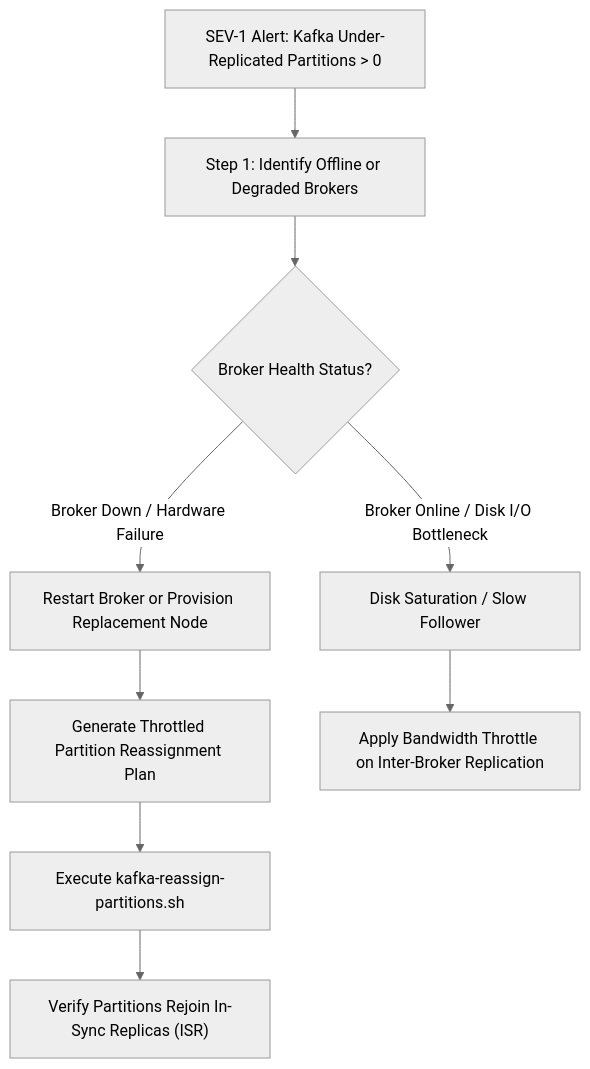
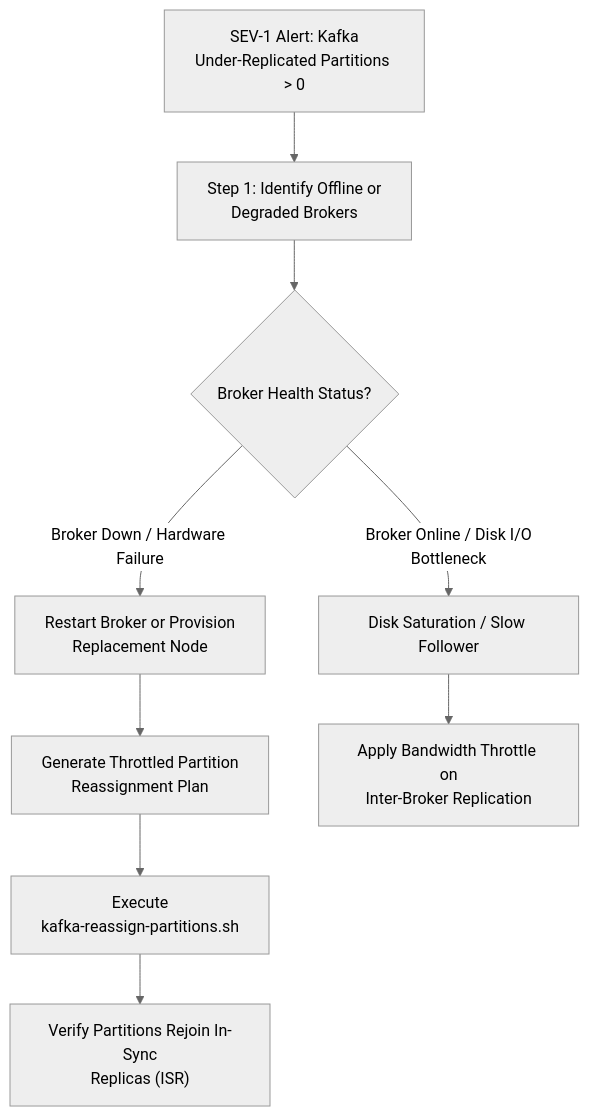
Before and after one commit to santoshjammi29/streaming-handbook: the diagram in runbooks/06_kafka_under_replicated_partitions_disaster_recovery.md, drawn with Mermaid (neutral theme). The commit also changed 11 other files, not shown here.

Commit message:
fix(diagrams): word-wrap labels and escape comparison operators across all diagrams

````diff
--- a/runbooks/06_kafka_under_replicated_partitions_disaster_recovery.md
+++ b/runbooks/06_kafka_under_replicated_partitions_disaster_recovery.md
@@ -12,13 +12,13 @@
 ```mermaid
 flowchart TD
-    Alert["SEV-1 Alert: Kafka Under-Replicated Partitions > 0"] --> IdentifyBrokers["Step 1: Identify Offline or Degraded Brokers"]
+    Alert["SEV-1 Alert: Kafka<br/>Under-Replicated Partitions &gt; 0"] --> IdentifyBrokers["Step 1: Identify Offline or<br/>Degraded Brokers"]
     IdentifyBrokers --> BrokerState{"Broker Health Status?"}
 
-    BrokerState -->|"Broker Down / Hardware Failure"| RestartBroker["Restart Broker or Provision Replacement Node"]
-    BrokerState -->|"Broker Online / Disk I/O Bottleneck"| DiskBottleneck["Disk Saturation / Slow Follower"]
+    BrokerState -->|"Broker Down / Hardware Failure"| RestartBroker["Restart Broker or Provision<br/>Replacement Node"]
+    BrokerState -->|"Broker Online / Disk I/O<br/>Bottleneck"| DiskBottleneck["Disk Saturation / Slow Follower"]
 
-    RestartBroker --> PartitionRebalance["Generate Throttled Partition Reassignment Plan"]
-    DiskBottleneck --> ThrottleReplication["Apply Bandwidth Throttle on Inter-Broker Replication"]
-    PartitionRebalance --> ExecuteRebalance["Execute kafka-reassign-partitions.sh"]
-    ExecuteRebalance --> VerifyISR["Verify Partitions Rejoin In-Sync Replicas (ISR)"]
+    RestartBroker --> PartitionRebalance["Generate Throttled Partition<br/>Reassignment Plan"]
+    DiskBottleneck --> ThrottleReplication["Apply Bandwidth Throttle on<br/>Inter-Broker Replication"]
+    PartitionRebalance --> ExecuteRebalance["Execute<br/>kafka-reassign-partitions.sh"]
+    ExecuteRebalance --> VerifyISR["Verify Partitions Rejoin In-Sync<br/>Replicas (ISR)"]
 ```
````
